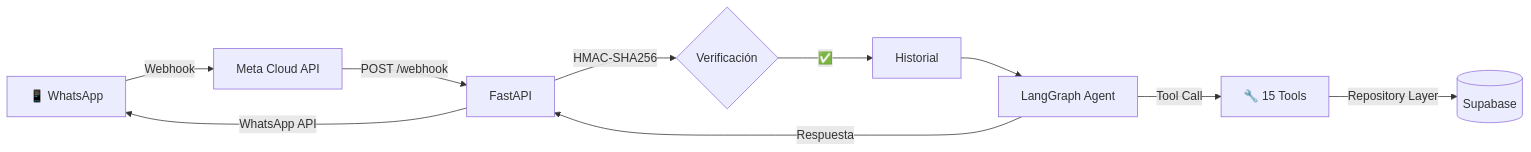
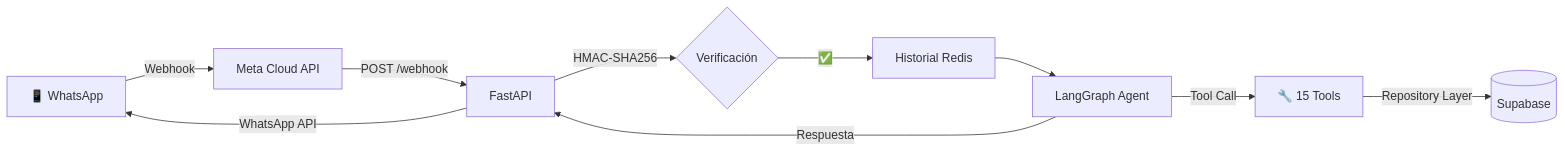
The diagram in README.md (Atlaros/Quipu-AI), drawn with Mermaid before and after one commit. The commit also changed other lines of this file and 11 other files, not shown here.

````diff
--- a/README.md
+++ b/README.md
@@ -30,12 +30,12 @@
 ```mermaid
 graph LR
     WA[📱 WhatsApp] -->|Webhook| META[Meta Cloud API]
     META -->|POST /webhook| API[FastAPI]
     API -->|HMAC-SHA256| SEC{Verificación}
-    SEC -->|✅| HIST[Historial]
+    SEC -->|✅| HIST[Historial Redis]
     HIST --> AGENT[LangGraph Agent]
     AGENT -->|Tool Call| TOOLS[🔧 15 Tools]
     TOOLS -->|Repository Layer| DB[(Supabase)]
     AGENT -->|Respuesta| API
     API -->|WhatsApp API| WA
 ```
````
